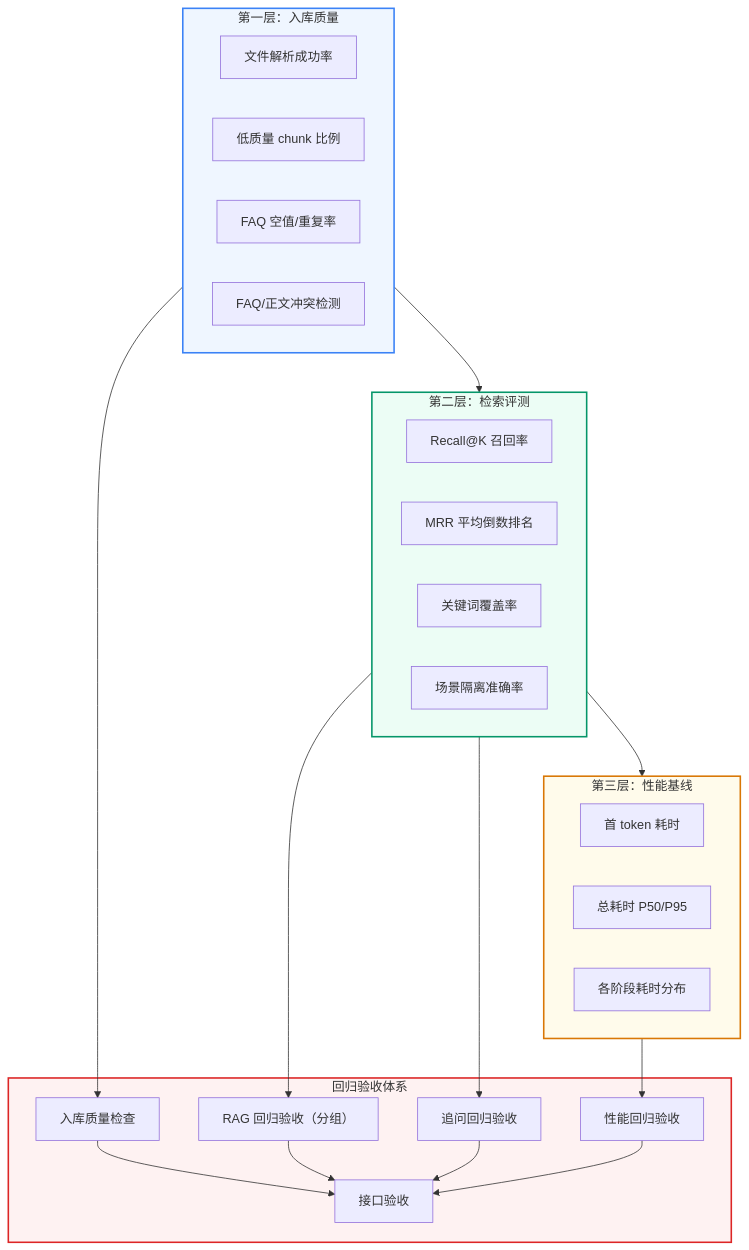
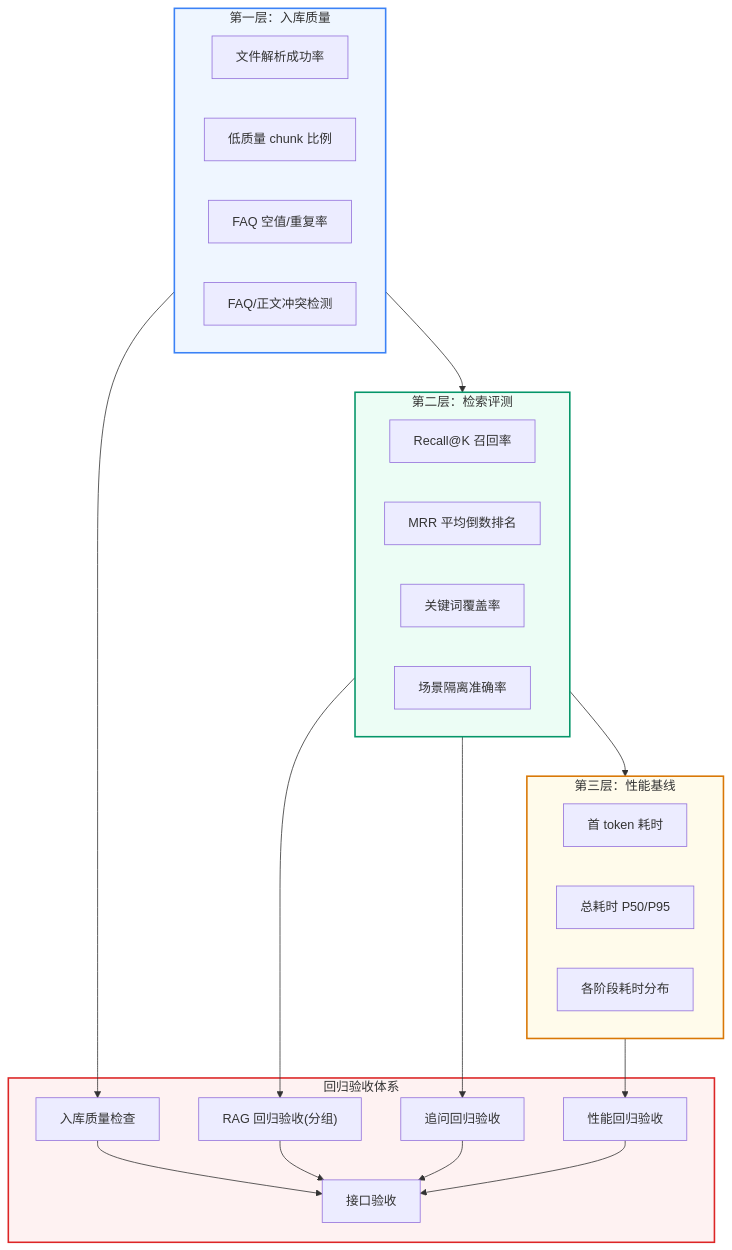
Before and after one commit to VectorPeak/VectorPeakBlogs: the first of 5 diagrams in RAG/advanced/rag-evaluation.mdx, drawn with Mermaid. The commit also changed other lines of this file and 35 other files, not shown here.

````diff
--- a/RAG/advanced/rag-evaluation.mdx
+++ b/RAG/advanced/rag-evaluation.mdx
@@ -53,46 +53,46 @@
 ```mermaid
 flowchart TD
     subgraph L1["第一层：入库质量"]
         L1A["文件解析成功率"]
         L1B["低质量 chunk 比例"]
         L1C["FAQ 空值/重复率"]
         L1D["FAQ/正文冲突检测"]
     end
 
     subgraph L2["第二层：检索评测"]
         L2A["Recall@K 召回率"]
         L2B["MRR 平均倒数排名"]
         L2C["关键词覆盖率"]
         L2D["场景隔离准确率"]
     end
 
     subgraph L3["第三层：性能基线"]
         L3A["首 token 耗时"]
         L3B["总耗时 P50/P95"]
         L3C["各阶段耗时分布"]
     end
 
     L1 --> L2 --> L3
 
     subgraph Gates["回归验收体系"]
         G1["入库质量检查"]
-        G2["RAG 回归验收（分组）"]
+        G2["RAG 回归验收(分组)"]
         G3["追问回归验收"]
         G4["性能回归验收"]
         G5["接口验收"]
     end
 
     L1 --> G1
     L2 --> G2
     L2 --> G3
     L3 --> G4
     G1 --> G5
     G2 --> G5
     G3 --> G5
     G4 --> G5
 
     style L1 fill:#EFF6FF,stroke:#3B82F6,stroke-width:2px
     style L2 fill:#ECFDF5,stroke:#059669,stroke-width:2px
     style L3 fill:#FFFBEB,stroke:#D97706,stroke-width:2px
     style Gates fill:#FEF2F2,stroke:#DC2626,stroke-width:2px
 ```
````
